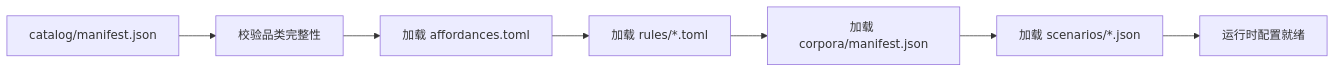
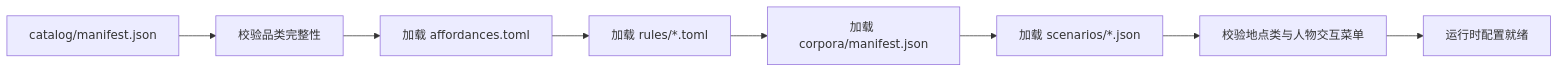
Before and after one commit to HoldThatThgt/WorldMock: the sixth of 7 diagrams in docs/design/01-architecture.md, drawn with Mermaid. The commit also changed other lines of this file and 45 other files, not shown here.

````diff
--- a/docs/design/01-architecture.md
+++ b/docs/design/01-architecture.md
@@ -257,9 +266,10 @@
 ```mermaid
 flowchart LR
     A[catalog/manifest.json] --> B[校验品类完整性]
     B --> C[加载 affordances.toml]
     C --> D[加载 rules/*.toml]
     D --> E[加载 corpora/manifest.json]
     E --> F[加载 scenarios/*.json]
-    F --> G[运行时配置就绪]
+    F --> G[校验地点类与人物交互菜单]
+    G --> H[运行时配置就绪]
 ```
````
